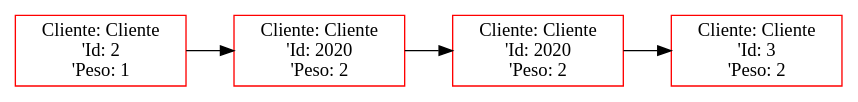
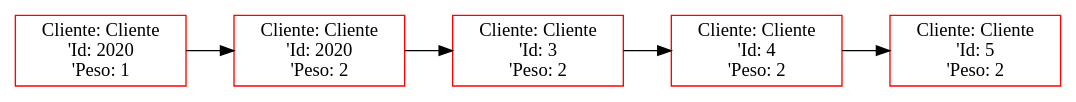
One commit to FranklinONP/EDD_PROYECTO_202200089 changed the diagram in Proyecto1/Proyecto1_202200089/Main/grande.dot. Above: the diagram before and after it, drawn with Graphviz. The commit also changed 11 other files, not shown here.

```diff
--- a/Proyecto1/Proyecto1_202200089/Main/grande.dot
+++ b/Proyecto1/Proyecto1_202200089/Main/grande.dot
@@ -1,10 +1,12 @@
  digraph G {
  rankdir=LR;
- node0 [label="Cliente: Cliente\n'Id: 2\n'Peso: 1", color="red", shape="rectangle"];
+ node0 [label="Cliente: Cliente\n'Id: 2020\n'Peso: 1", color="red", shape="rectangle"];
  node1 [label="Cliente: Cliente\n'Id: 2020\n'Peso: 2", color="red", shape="rectangle"];
  node0 -> node1 [dir="forward"];
- node2 [label="Cliente: Cliente\n'Id: 2020\n'Peso: 2", color="red", shape="rectangle"];
+ node2 [label="Cliente: Cliente\n'Id: 3\n'Peso: 2", color="red", shape="rectangle"];
  node1 -> node2 [dir="forward"];
- node3 [label="Cliente: Cliente\n'Id: 3\n'Peso: 2", color="red", shape="rectangle"];
+ node3 [label="Cliente: Cliente\n'Id: 4\n'Peso: 2", color="red", shape="rectangle"];
  node2 -> node3 [dir="forward"];
+ node4 [label="Cliente: Cliente\n'Id: 5\n'Peso: 2", color="red", shape="rectangle"];
+ node3 -> node4 [dir="forward"];
  }
```
